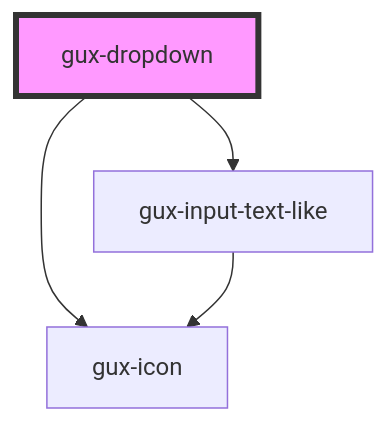
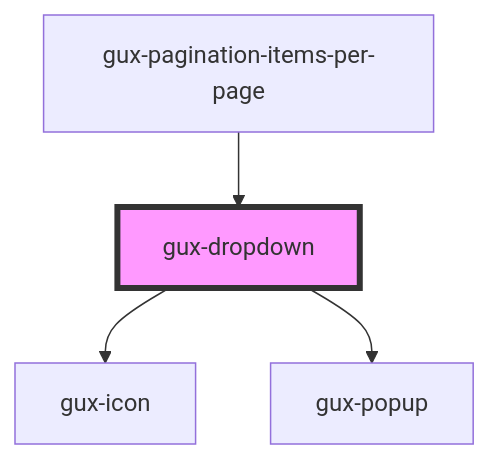
One commit to MyPureCloud/genesys-spark changed the diagram in src/components/stable/gux-dropdown/readme.md. Above: the diagram before and after it, drawn with Mermaid. The commit also changed other lines of this file and 96 other files, not shown here.

````diff
--- a/src/components/stable/gux-dropdown/readme.md
+++ b/src/components/stable/gux-dropdown/readme.md
@@ -57,7 +35,7 @@
 ```mermaid
 graph TD;
-  gux-dropdown --> gux-input-text-like
   gux-dropdown --> gux-icon
-  gux-input-text-like --> gux-icon
+  gux-dropdown --> gux-popup
+  gux-pagination-items-per-page --> gux-dropdown
   style gux-dropdown fill:#f9f,stroke:#333,stroke-width:4px
 ```
````
